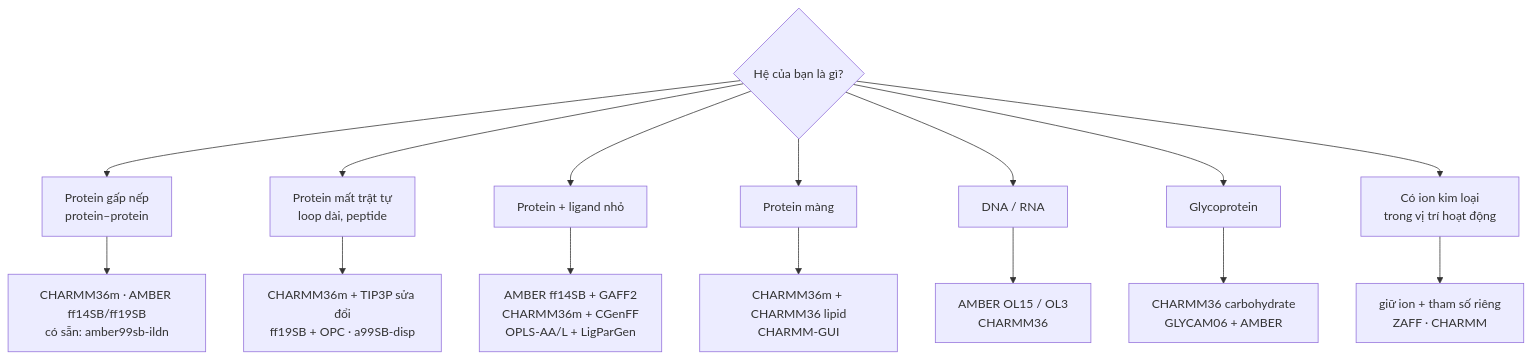
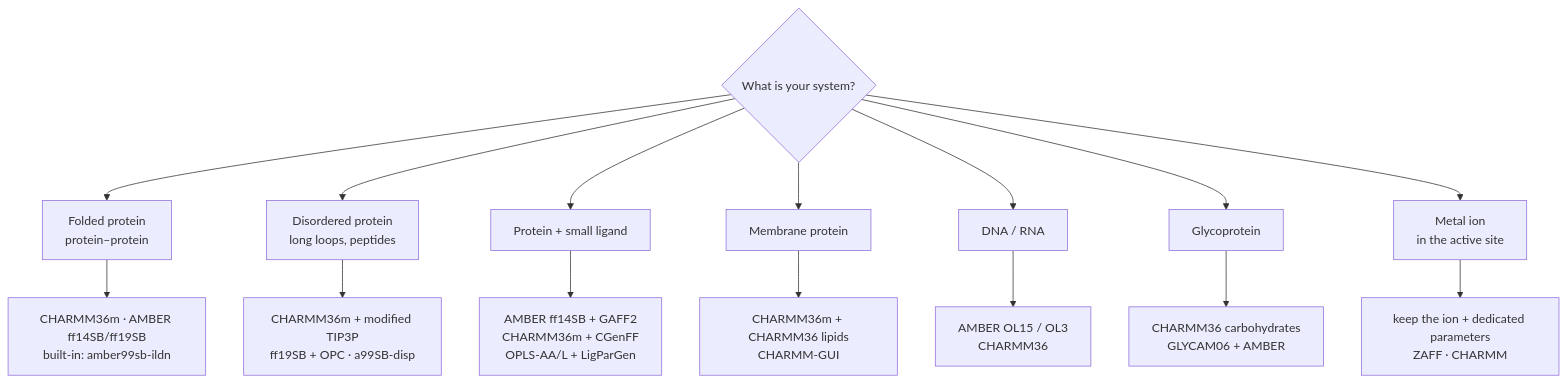
Before and after one commit to 129namworkkk/gromacs-md-protocols: the diagram in docs/FORCE_FIELDS.md, drawn with Mermaid. The commit also changed other lines of this file and 12 other files, not shown here.

````diff
--- a/docs/FORCE_FIELDS.md
+++ b/docs/FORCE_FIELDS.md
@@ -27,17 +27,17 @@
 ```mermaid
 flowchart TD
-    Q{Hệ của bạn là gì?} --> P[Protein gấp nếp<br/>protein–protein]
-    Q --> IDP[Protein mất trật tự<br/>loop dài, peptide]
-    Q --> L[Protein + ligand nhỏ]
-    Q --> M[Protein màng]
+    Q{What is your system?} --> P[Folded protein<br/>protein–protein]
+    Q --> IDP[Disordered protein<br/>long loops, peptides]
+    Q --> L[Protein + small ligand]
+    Q --> M[Membrane protein]
     Q --> NA[DNA / RNA]
     Q --> G[Glycoprotein]
-    Q --> Me[Có ion kim loại<br/>trong vị trí hoạt động]
-    P --> P1[CHARMM36m · AMBER ff14SB/ff19SB<br/>có sẵn: amber99sb-ildn]
-    IDP --> I1[CHARMM36m + TIP3P sửa đổi<br/>ff19SB + OPC · a99SB-disp]
+    Q --> Me[Metal ion<br/>in the active site]
+    P --> P1[CHARMM36m · AMBER ff14SB/ff19SB<br/>built-in: amber99sb-ildn]
+    IDP --> I1[CHARMM36m + modified TIP3P<br/>ff19SB + OPC · a99SB-disp]
     L --> L1[AMBER ff14SB + GAFF2<br/>CHARMM36m + CGenFF<br/>OPLS-AA/L + LigParGen]
-    M --> M1[CHARMM36m + CHARMM36 lipid<br/>CHARMM-GUI]
+    M --> M1[CHARMM36m + CHARMM36 lipids<br/>CHARMM-GUI]
     NA --> N1[AMBER OL15 / OL3<br/>CHARMM36]
-    G --> G1[CHARMM36 carbohydrate<br/>GLYCAM06 + AMBER]
-    Me --> Me1[giữ ion + tham số riêng<br/>ZAFF · CHARMM]
+    G --> G1[CHARMM36 carbohydrates<br/>GLYCAM06 + AMBER]
+    Me --> Me1[keep the ion + dedicated parameters<br/>ZAFF · CHARMM]
 ```
````
